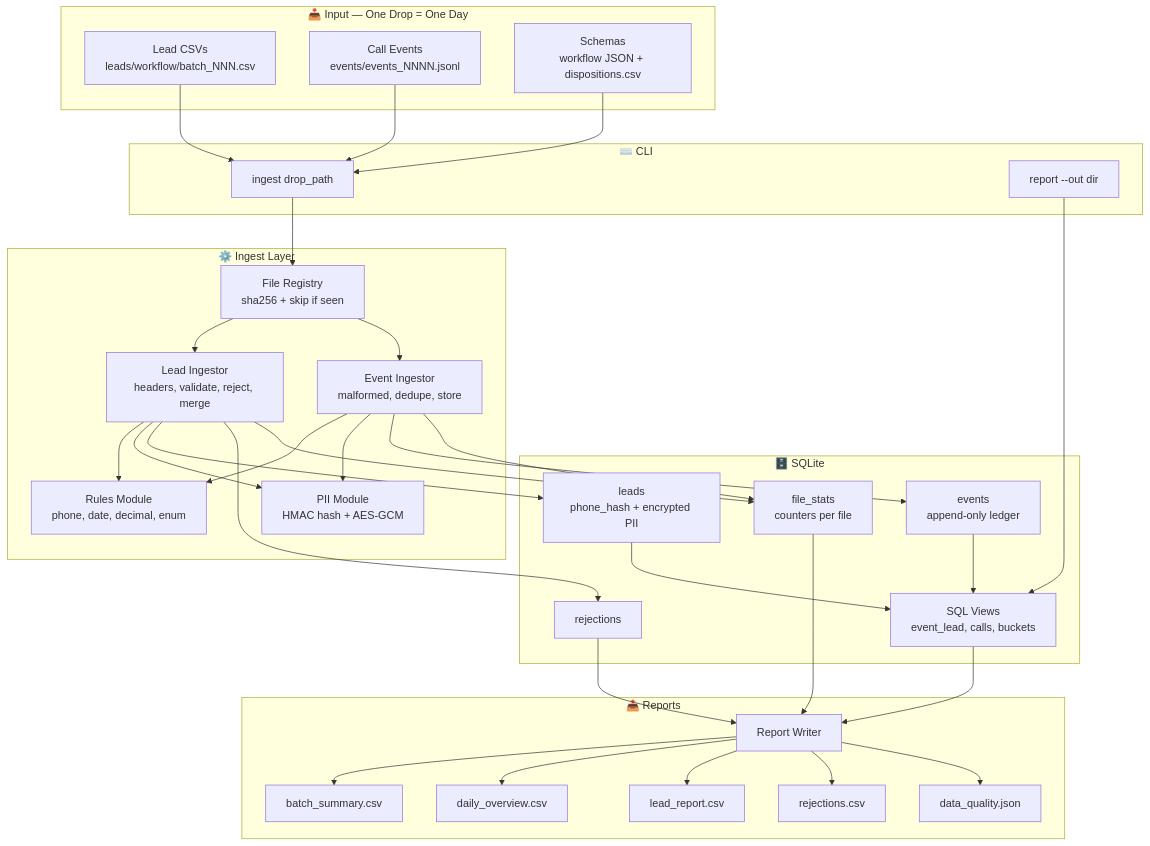
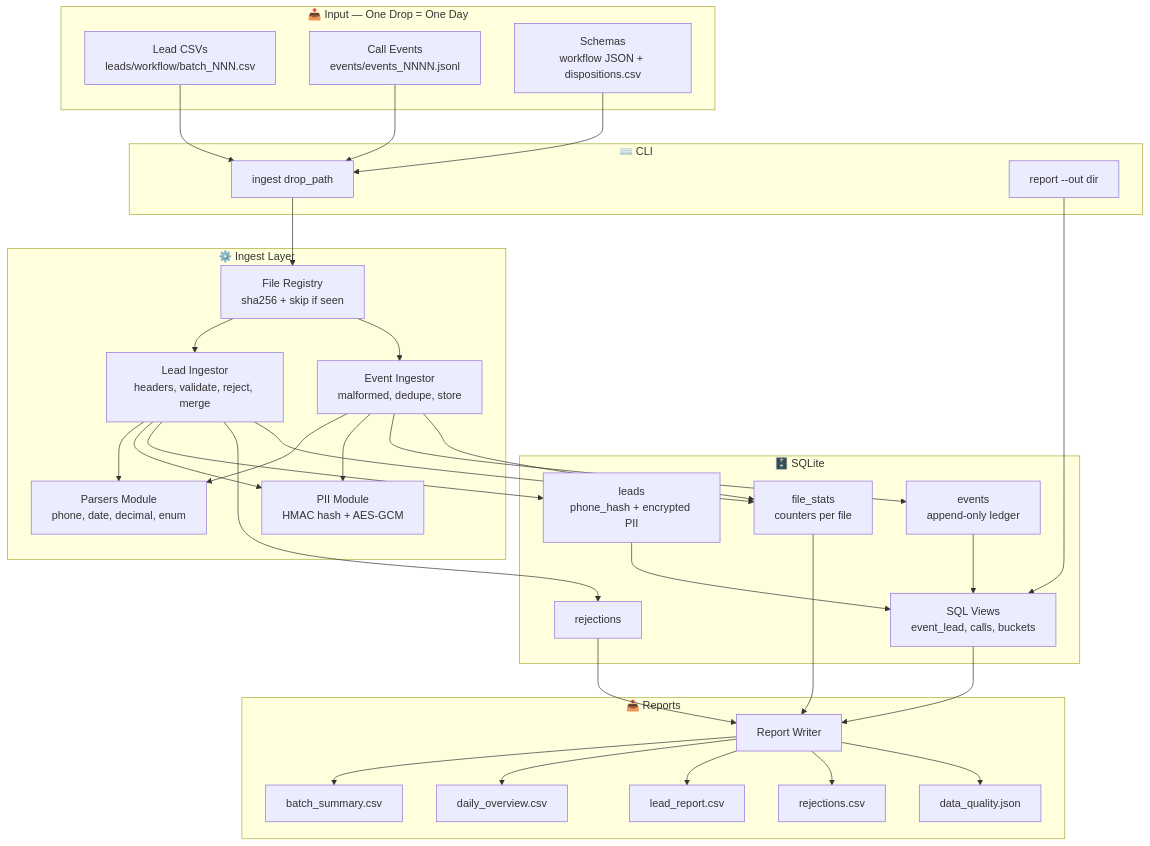
The first of 4 diagrams in design.md (Iconic-Aman/sde-assignment-junior-2026), drawn with Mermaid before and after one commit. The commit also changed other lines of this file and 2 other files, not shown here.

````diff
--- a/design.md
+++ b/design.md
@@ -9,65 +9,65 @@
 ```mermaid
 graph TB
     subgraph INPUT["📥 Input — One Drop = One Day"]
         CSV["Lead CSVs\nleads/workflow/batch_NNN.csv"]
         JSONL["Call Events\nevents/events_NNNN.jsonl"]
         SCH["Schemas\nworkflow JSON + dispositions.csv"]
     end
 
     subgraph CLI["⌨️ CLI"]
         ING["ingest drop_path"]
         REP["report --out dir"]
     end
 
     subgraph INGEST["⚙️ Ingest Layer"]
         REG["File Registry\nsha256 + skip if seen"]
         LI["Lead Ingestor\nheaders, validate, reject, merge"]
         EI["Event Ingestor\nmalformed, dedupe, store"]
-        RULES["Rules Module\nphone, date, decimal, enum"]
+        RULES["Parsers Module\nphone, date, decimal, enum"]
         PII["PII Module\nHMAC hash + AES-GCM"]
         LI --> RULES
         LI --> PII
         EI --> RULES
         EI --> PII
     end
 
     subgraph STORE["🗄️ SQLite"]
         LEADS["leads\nphone_hash + encrypted PII"]
         EVENTS["events\nappend-only ledger"]
         REJ["rejections"]
         STATS["file_stats\ncounters per file"]
         VIEWS["SQL Views\nevent_lead, calls, buckets"]
         LEADS --> VIEWS
         EVENTS --> VIEWS
     end
 
     subgraph OUTPUT["📤 Reports"]
         W["Report Writer"]
         F1["batch_summary.csv"]
         F2["daily_overview.csv"]
         F3["lead_report.csv"]
         F4["rejections.csv"]
         F5["data_quality.json"]
         W --> F1
         W --> F2
         W --> F3
         W --> F4
         W --> F5
     end
 
     CSV --> ING
     JSONL --> ING
     SCH --> ING
     ING --> REG
     REG --> LI
     REG --> EI
     LI --> LEADS
     LI --> REJ
     LI --> STATS
     EI --> EVENTS
     EI --> STATS
     REP --> VIEWS
     VIEWS --> W
     REJ --> W
     STATS --> W
 ```
````
